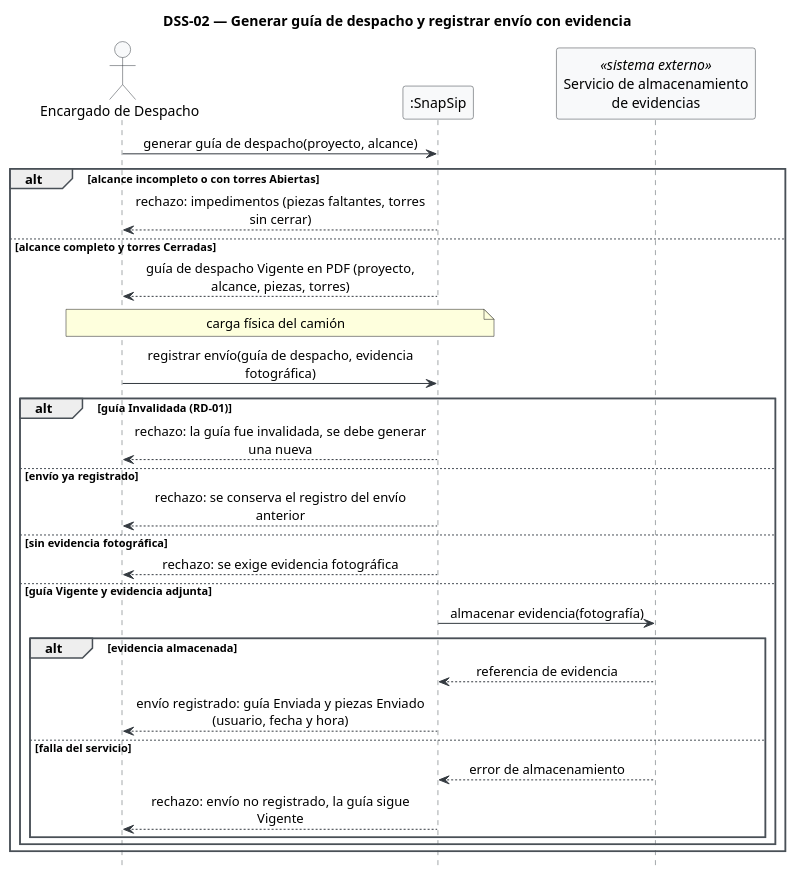
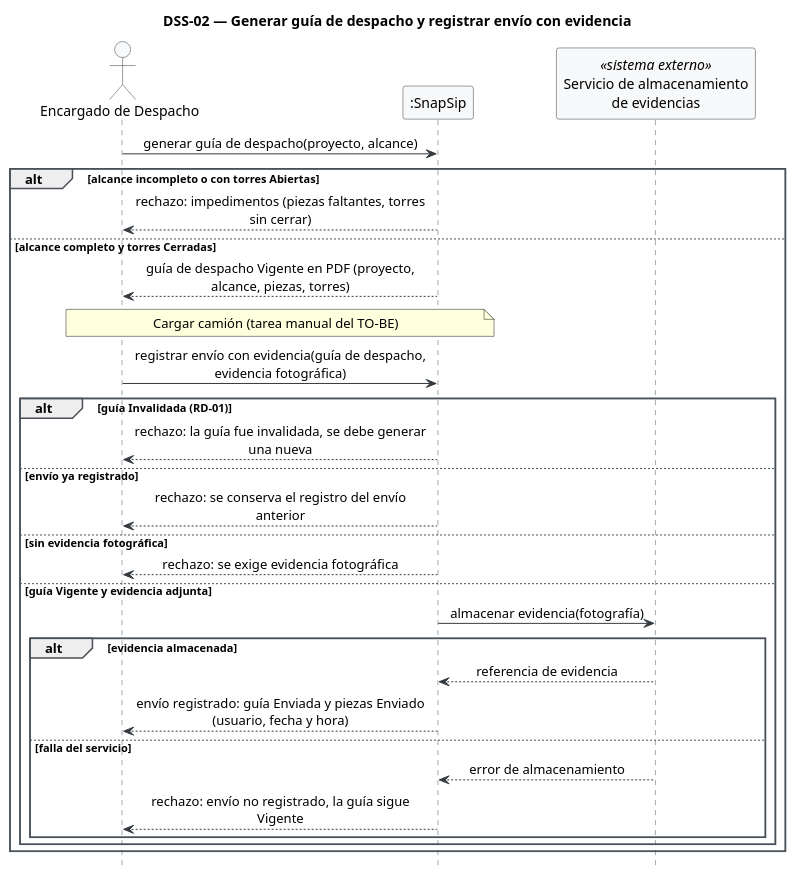
Before and after one commit to Foyzen-Kaze/snapsip: the diagram in diagramas/dss-02.puml, drawn with PlantUML.

```diff
--- a/diagramas/dss-02.puml
+++ b/diagramas/dss-02.puml
@@ -1,45 +1,45 @@
 @startuml dss-02
 title DSS-02 — Generar guía de despacho y registrar envío con evidencia
 hide footbox
 skinparam shadowing false
 skinparam sequenceMessageAlign center
 skinparam maxMessageSize 300
 skinparam sequence {
   ArrowColor #343A40
   LifeLineBorderColor #495057
   ParticipantBackgroundColor #F8F9FA
   ParticipantBorderColor #343A40
   ActorBackgroundColor #F8F9FA
   ActorBorderColor #343A40
   GroupBorderColor #495057
 }
 
 actor "Encargado de Despacho" as ED
 participant ":SnapSip" as SS
 participant "Servicio de almacenamiento\nde evidencias" as ALM <<sistema externo>>
 
 ED -> SS : generar guía de despacho(proyecto, alcance)
 alt alcance incompleto o con torres Abiertas
   SS --> ED : rechazo: impedimentos (piezas faltantes, torres sin cerrar)
 else alcance completo y torres Cerradas
   SS --> ED : guía de despacho Vigente en PDF (proyecto, alcance, piezas, torres)
-  note over ED, SS : carga física del camión
-  ED -> SS : registrar envío(guía de despacho, evidencia fotográfica)
+  note over ED, SS : Cargar camión (tarea manual del TO-BE)
+  ED -> SS : registrar envío con evidencia(guía de despacho, evidencia fotográfica)
   alt guía Invalidada (RD-01)
     SS --> ED : rechazo: la guía fue invalidada, se debe generar una nueva
   else envío ya registrado
     SS --> ED : rechazo: se conserva el registro del envío anterior
   else sin evidencia fotográfica
     SS --> ED : rechazo: se exige evidencia fotográfica
   else guía Vigente y evidencia adjunta
     SS -> ALM : almacenar evidencia(fotografía)
     alt evidencia almacenada
       ALM --> SS : referencia de evidencia
       SS --> ED : envío registrado: guía Enviada y piezas Enviado (usuario, fecha y hora)
     else falla del servicio
       ALM --> SS : error de almacenamiento
       SS --> ED : rechazo: envío no registrado, la guía sigue Vigente
     end
   end
 end
 @enduml
```
